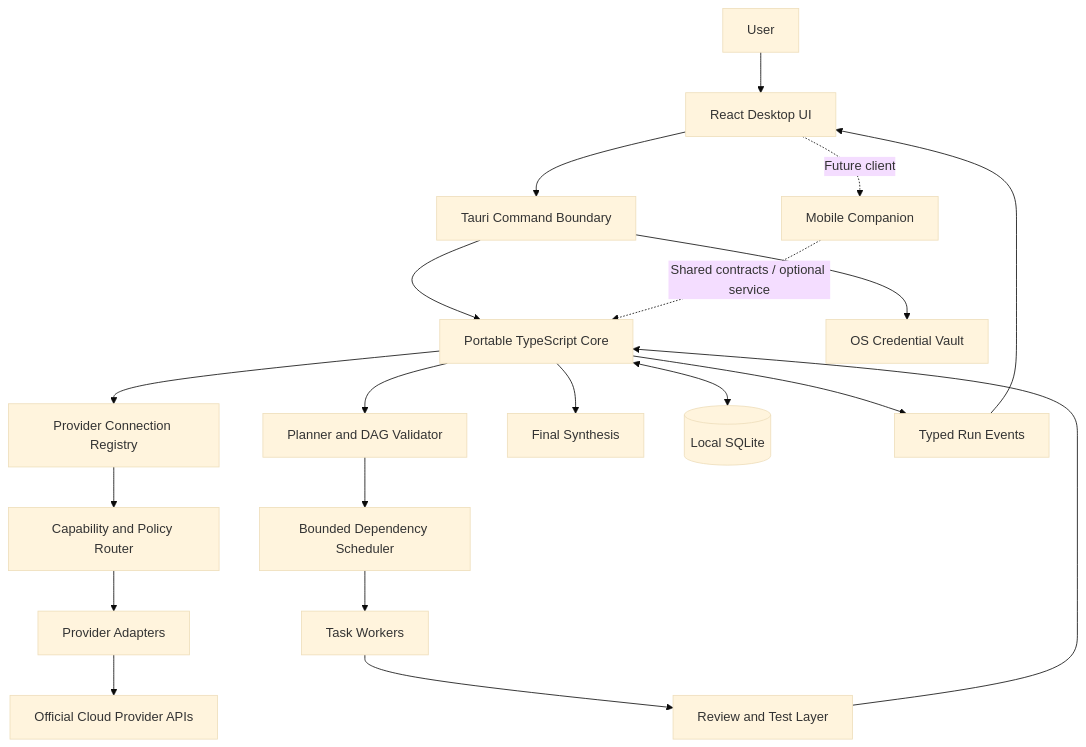
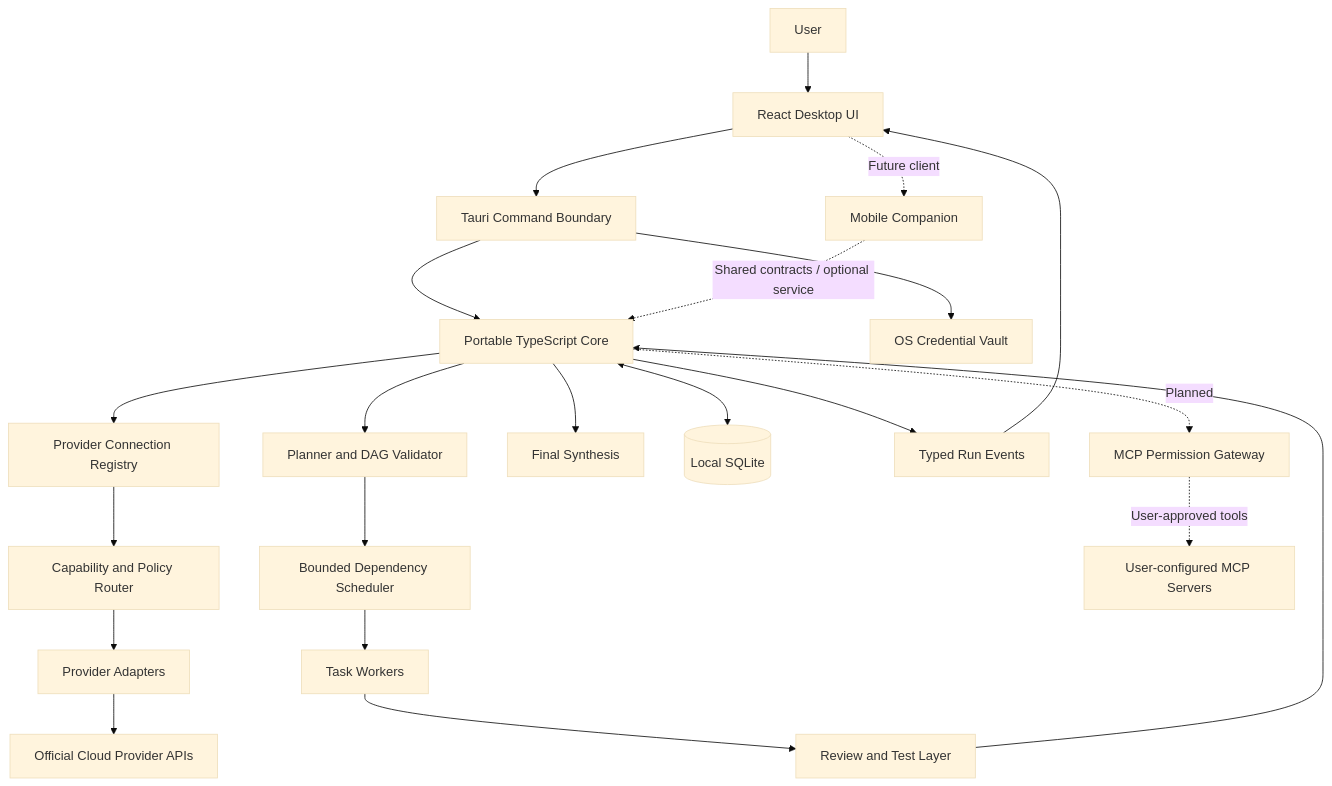
Before and after one commit to zakariasiad/OMNIMIND: the diagram in docs/ARCHITECTURE.md, drawn with Mermaid (base theme). The commit also changed other lines of this file, not shown here.

Commit message:
docs: define MCP permission boundary in architecture

````diff
--- a/docs/ARCHITECTURE.md
+++ b/docs/ARCHITECTURE.md
@@ -14,22 +15,24 @@
 ```mermaid
 flowchart TD
     USER[User] --> UI[React Desktop UI]
     UI --> TAURI[Tauri Command Boundary]
     TAURI --> CORE[Portable TypeScript Core]
     TAURI --> VAULT[OS Credential Vault]
     CORE --> HUB[Provider Connection Registry]
     HUB --> ROUTER[Capability and Policy Router]
     ROUTER --> ADAPTERS[Provider Adapters]
     ADAPTERS --> CLOUD[Official Cloud Provider APIs]
     CORE --> PLANNER[Planner and DAG Validator]
     PLANNER --> SCHED[Bounded Dependency Scheduler]
     SCHED --> WORKERS[Task Workers]
     WORKERS --> REVIEW[Review and Test Layer]
     REVIEW --> CORE
     CORE --> SYNTH[Final Synthesis]
     CORE <--> DB[(Local SQLite)]
     CORE --> EVENTS[Typed Run Events]
     EVENTS --> UI
+    CORE -. Planned .-> MCP[MCP Permission Gateway]
+    MCP -. User-approved tools .-> SERVERS[User-configured MCP Servers]
     UI -. Future client .-> MOBILE[Mobile Companion]
     MOBILE -. Shared contracts / optional service .-> CORE
 ```
````
